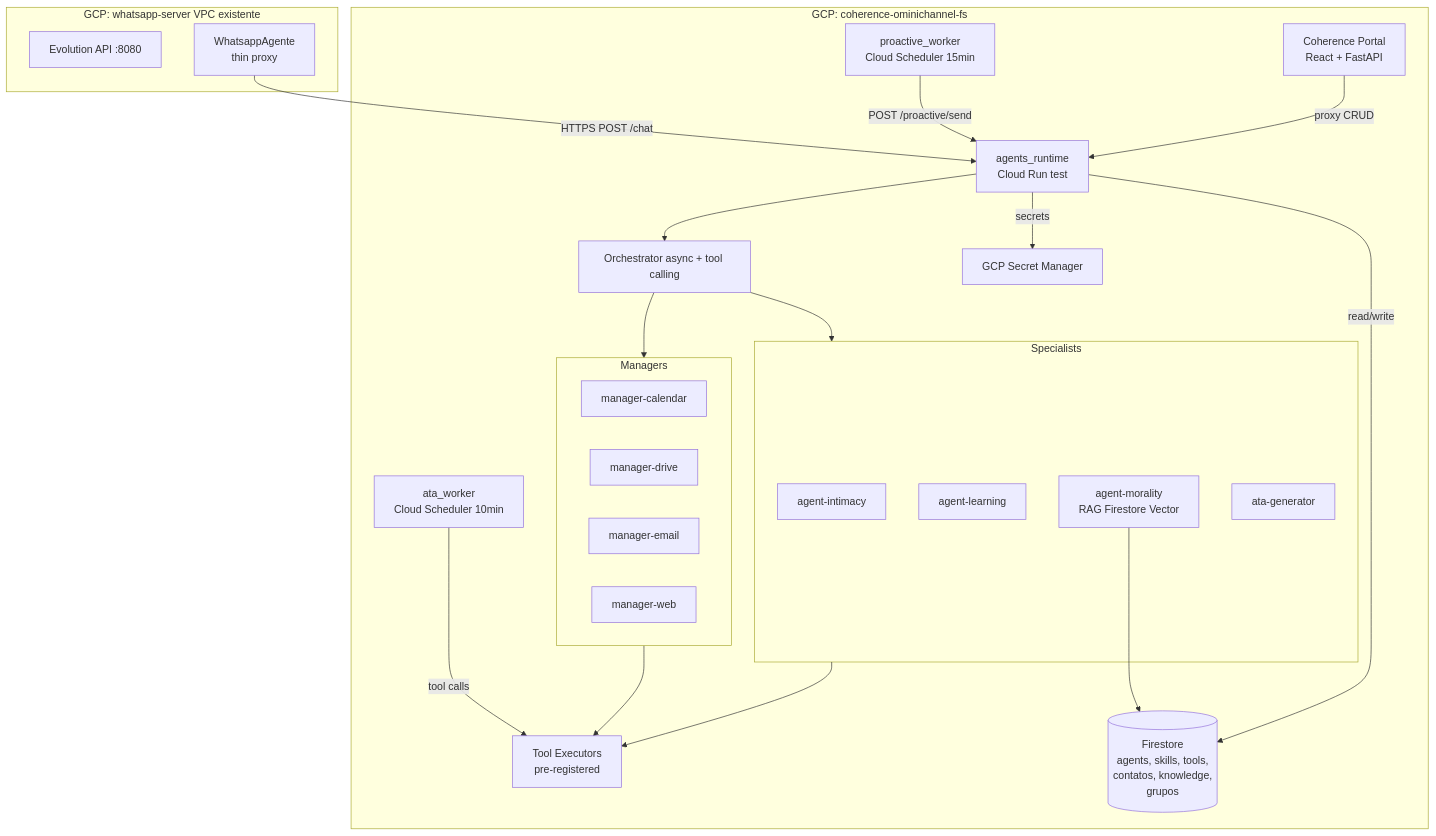
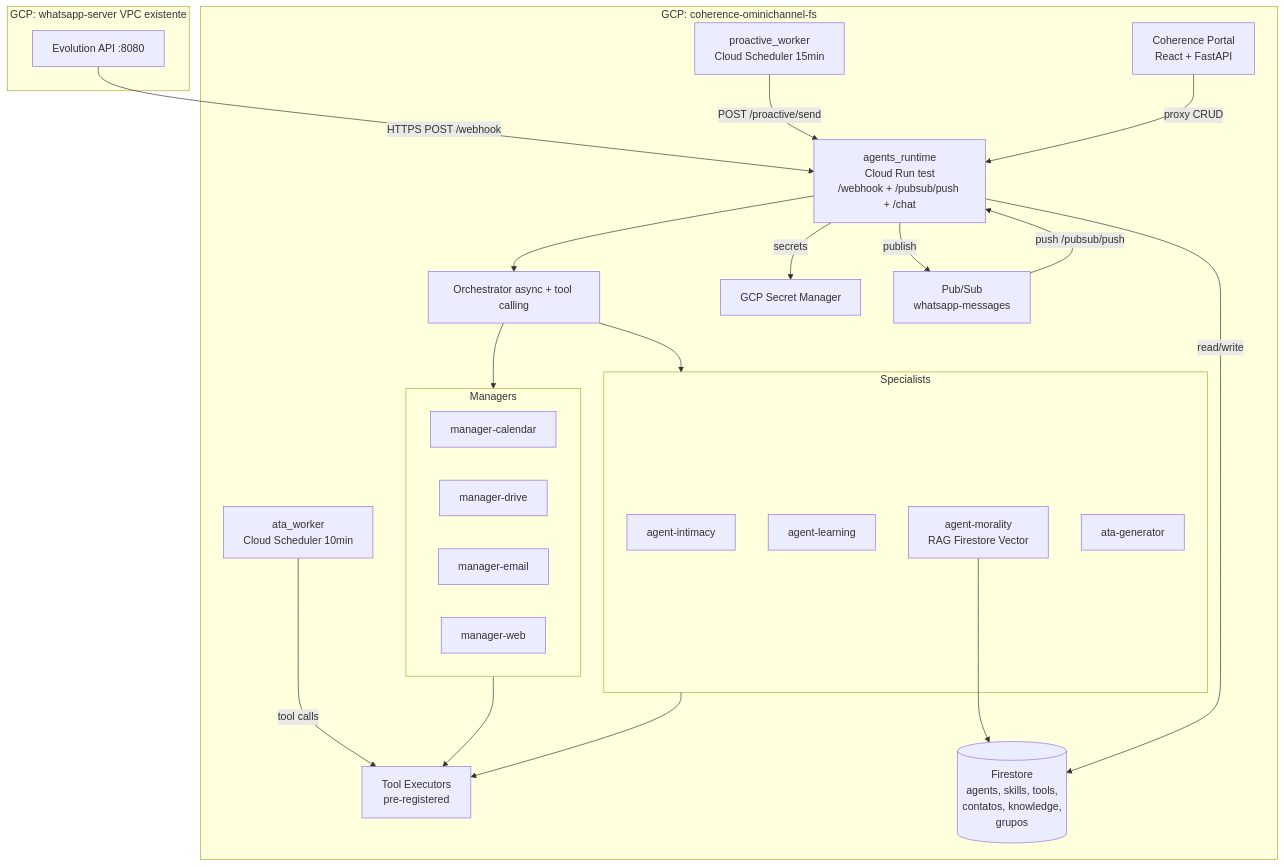
The first of 3 diagrams in docs/ARQUITETURA.md (viniciusbritor/ChatBotWhatsapp), drawn with Mermaid before and after one commit. The commit also changed other lines of this file and 8 other files, not shown here.

First line of the commit message:
feat(fase-A): consolidar webhook Evolution no agents_runtime

````diff
--- a/docs/ARQUITETURA.md
+++ b/docs/ARQUITETURA.md
@@ -36,47 +40,49 @@
 ```mermaid
 flowchart TB
     subgraph WS["GCP: whatsapp-server VPC existente"]
         EVO["Evolution API :8080"]
-        WA["WhatsappAgente<br/>thin proxy"]
     end
 
     subgraph FS["GCP: coherence-ominichannel-fs"]
-        AR["agents_runtime<br/>Cloud Run test"]
+        AR["agents_runtime<br/>Cloud Run test<br/>/webhook + /pubsub/push + /chat"]
         ORCH["Orchestrator async + tool calling"]
         TOOLS["Tool Executors<br/>pre-registered"]
 
         subgraph SPECIALISTS["Specialists"]
             INT["agent-intimacy"]
             LRN["agent-learning"]
             MOR["agent-morality<br/>RAG Firestore Vector"]
             ATA["ata-generator"]
         end
 
         subgraph MANAGERS["Managers"]
             MC["manager-calendar"]
             MD["manager-drive"]
             ME["manager-email"]
             MW["manager-web"]
         end
 
         PRO["proactive_worker<br/>Cloud Scheduler 15min"]
         ATW["ata_worker<br/>Cloud Scheduler 10min"]
 
         PORTAL["Coherence Portal<br/>React + FastAPI"]
         FS_DB[("Firestore<br/>agents, skills, tools,<br/>contatos, knowledge,<br/>grupos")]
         SM["GCP Secret Manager"]
+        PUB["Pub/Sub<br/>whatsapp-messages"]
     end
 
-    WA -->|"HTTPS POST /chat"| AR
+    EVO -->|"HTTPS POST /webhook"| AR
+    AR -->|"publish"| PUB
+    PUB -->|"push /pubsub/push"| AR
     AR --> ORCH
     ORCH --> MANAGERS
     ORCH --> SPECIALISTS
     MANAGERS --> TOOLS
     SPECIALISTS --> TOOLS
     MOR --> FS_DB
     PRO -->|"POST /proactive/send"| AR
     ATW -->|"tool calls"| TOOLS
     PORTAL -->|"proxy CRUD"| AR
     AR -->|"read/write"| FS_DB
     AR -->|"secrets"| SM
 ```
````
